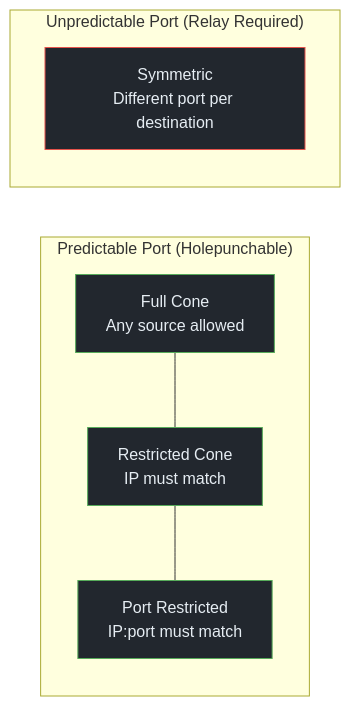
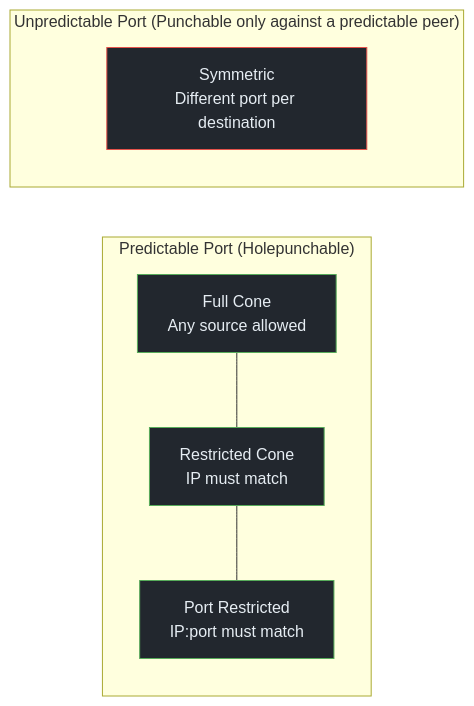
Before and after one commit to heart-IT/p2p-from-scratch: the first of 2 diagrams in md/part-1-nat-holepunching.md, drawn with Mermaid. The commit also changed other lines of this file and 16 other files, not shown here.

````diff
--- a/md/part-1-nat-holepunching.md
+++ b/md/part-1-nat-holepunching.md
@@ -69,17 +73,17 @@
 ```mermaid
 graph LR
     subgraph "Predictable Port (Holepunchable)"
         FC["Full Cone<br/>Any source allowed"]:::green
         RC["Restricted Cone<br/>IP must match"]:::green
         PR["Port Restricted<br/>IP:port must match"]:::green
     end
 
-    subgraph "Unpredictable Port (Relay Required)"
+    subgraph "Unpredictable Port (Punchable only against a predictable peer)"
         SYM["Symmetric<br/>Different port per destination"]:::red
     end
 
     FC --- RC --- PR
 
     classDef green fill:#22272e,stroke:#57ab5a,color:#e6edf3
     classDef red fill:#22272e,stroke:#e5534b,color:#e6edf3
 ```
````
